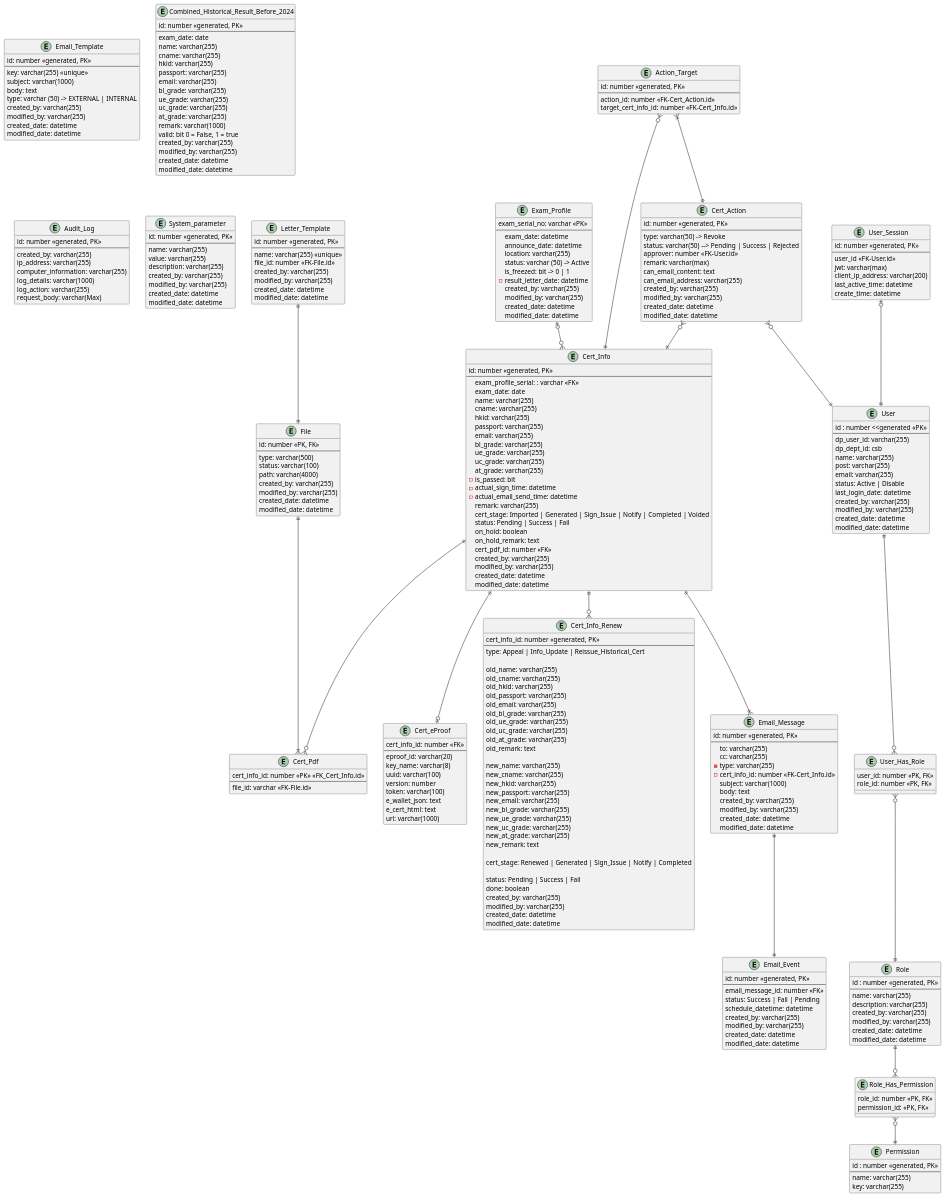
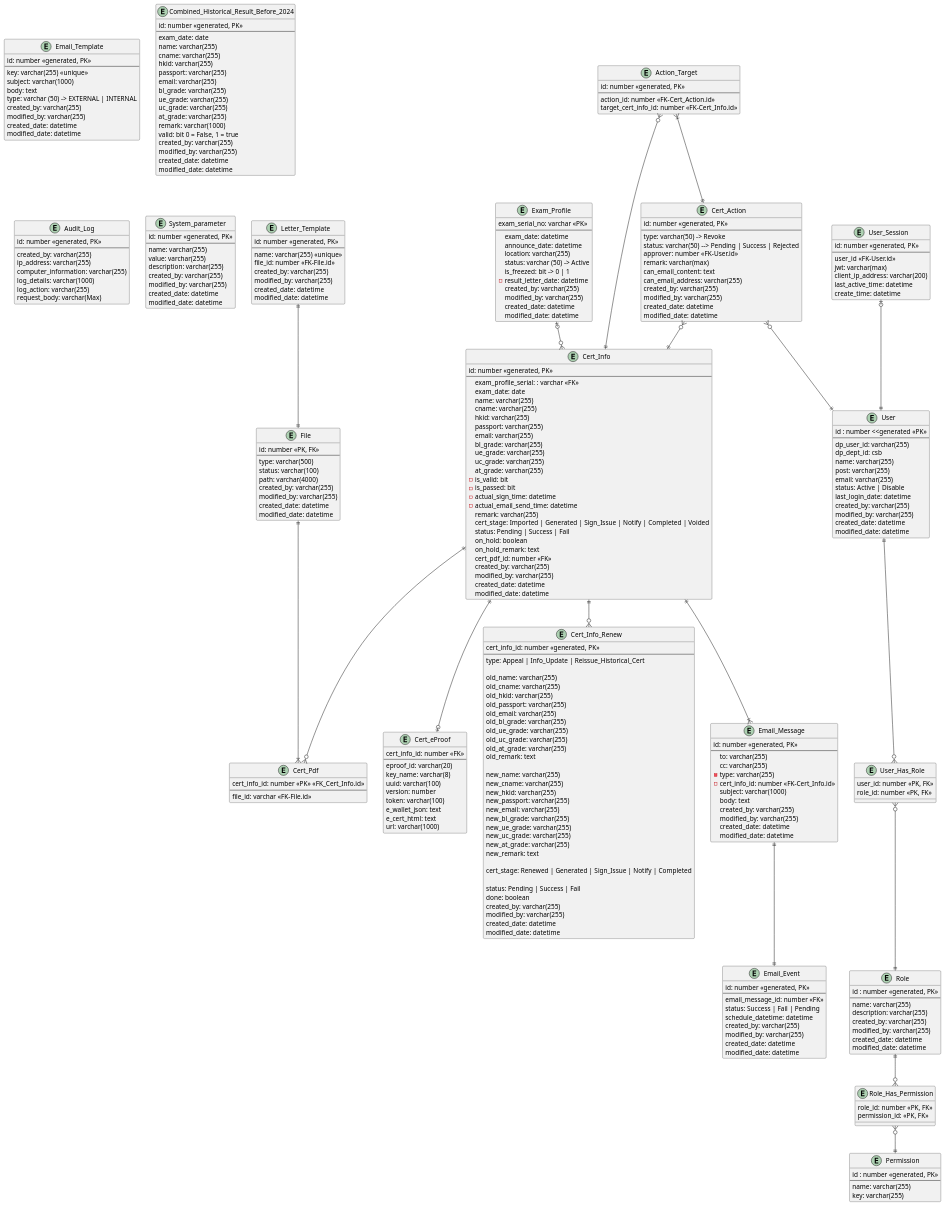
Before and after one commit to igsl-group/csb_eproof: the diagram in er-diagram.puml, drawn with PlantUML.

```diff
--- a/er-diagram.puml
+++ b/er-diagram.puml
@@ -131,6 +131,7 @@
     ue_grade: varchar(255)
     uc_grade: varchar(255)
     at_grade: varchar(255)
+    - is_valid: bit
     - is_passed: bit
     - actual_sign_time: datetime
     - actual_email_send_time: datetime
```
